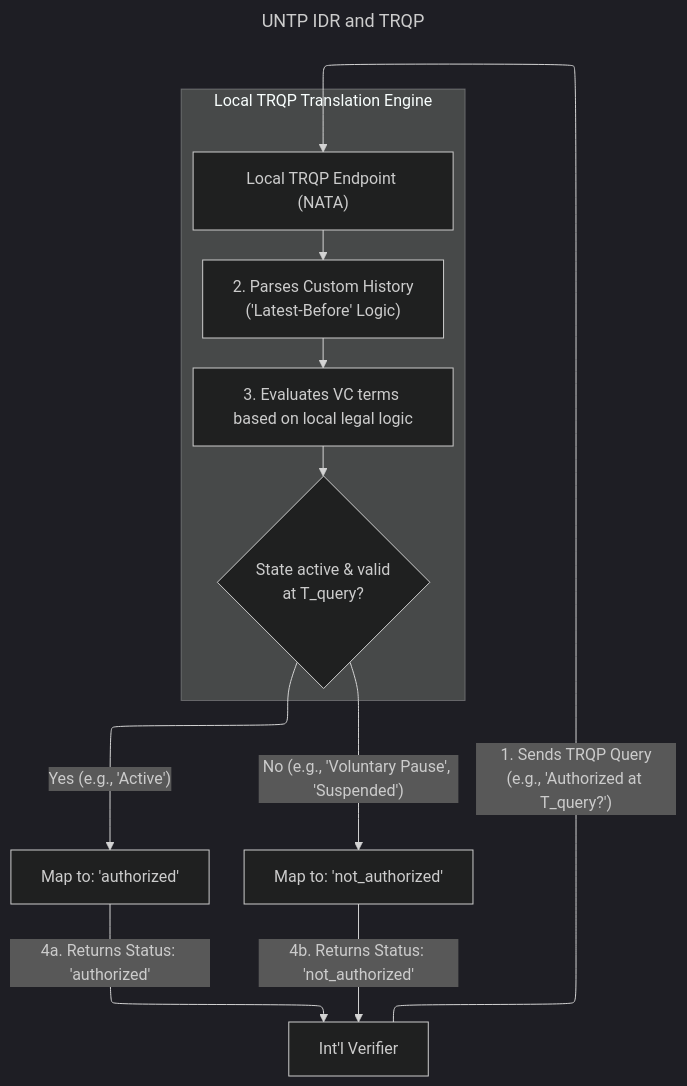
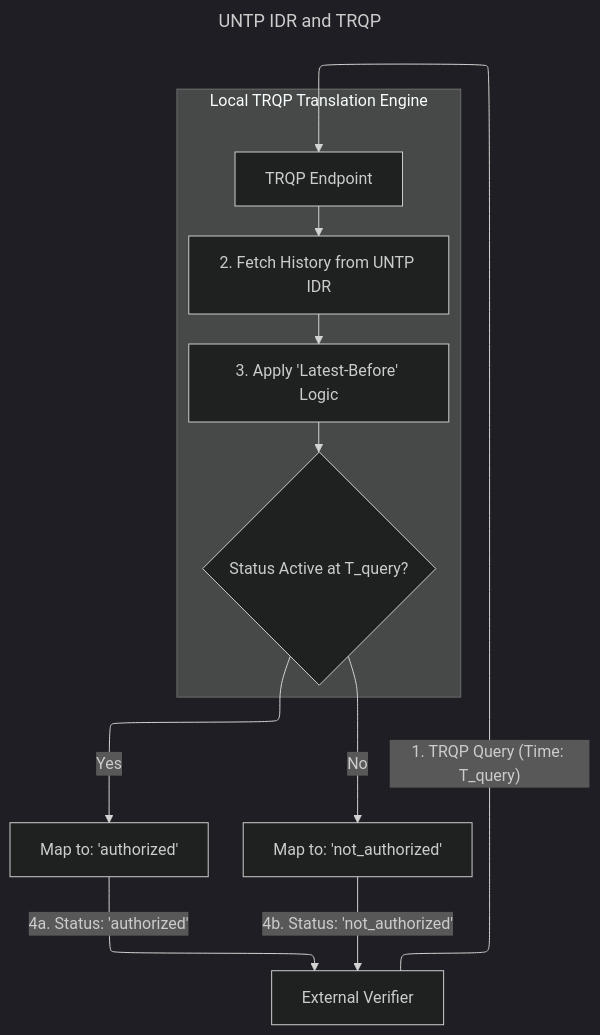
The third of 3 diagrams in docs/lifeCycle.md (sezoo-digital/Verifiable-Credential-Papers), drawn with Mermaid (dark theme) before and after one commit. The commit also changed other lines of this file, not shown here.

Commit message:
Updated explanations and logic

````diff
--- a/docs/lifeCycle.md
+++ b/docs/lifeCycle.md
@@ -275,21 +224,21 @@
 ```mermaid
 ---
 config:
   layout: elk
 title: UNTP IDR and TRQP
 ---
 flowchart TD
-    A["Int'l Verifier"] -->|"1. Sends TRQP Query<br/>(e.g., 'Authorized at T_query?')"| B["Local TRQP Endpoint (NATA)"]
+    A["External Verifier"] -->|"1. TRQP Query (Time: T_query)"| B["TRQP Endpoint"]
     
     subgraph Translation ["Local TRQP Translation Engine"]
-        B --> C["2. Parses Custom History<br/>('Latest-Before' Logic)"]
-        C --> D["3. Evaluates VC terms based on local legal logic"]
-        D --> E{"State active & valid<br/>at T_query?"}
+        B --> C["2. Fetch History from UNTP IDR"]
+        C --> D["3. Apply 'Latest-Before' Logic"]
+        D --> E{"Status Active at T_query?"}
     end
     
-    E -->|"Yes (e.g., 'Active')"| F["Map to: 'authorized'"]
-    E -->|"No (e.g., 'Voluntary Pause', 'Suspended')"| G["Map to: 'not_authorized'"]
+    E -->|"Yes"| F["Map to: 'authorized'"]
+    E -->|"No"| G["Map to: 'not_authorized'"]
 
-    F -->|"4a. Returns Status: 'authorized'"| A
-    G -->|"4b. Returns Status: 'not_authorized'"| A
+    F -->|"4a. Status: 'authorized'"| A
+    G -->|"4b. Status: 'not_authorized'"| A
 ```
````
